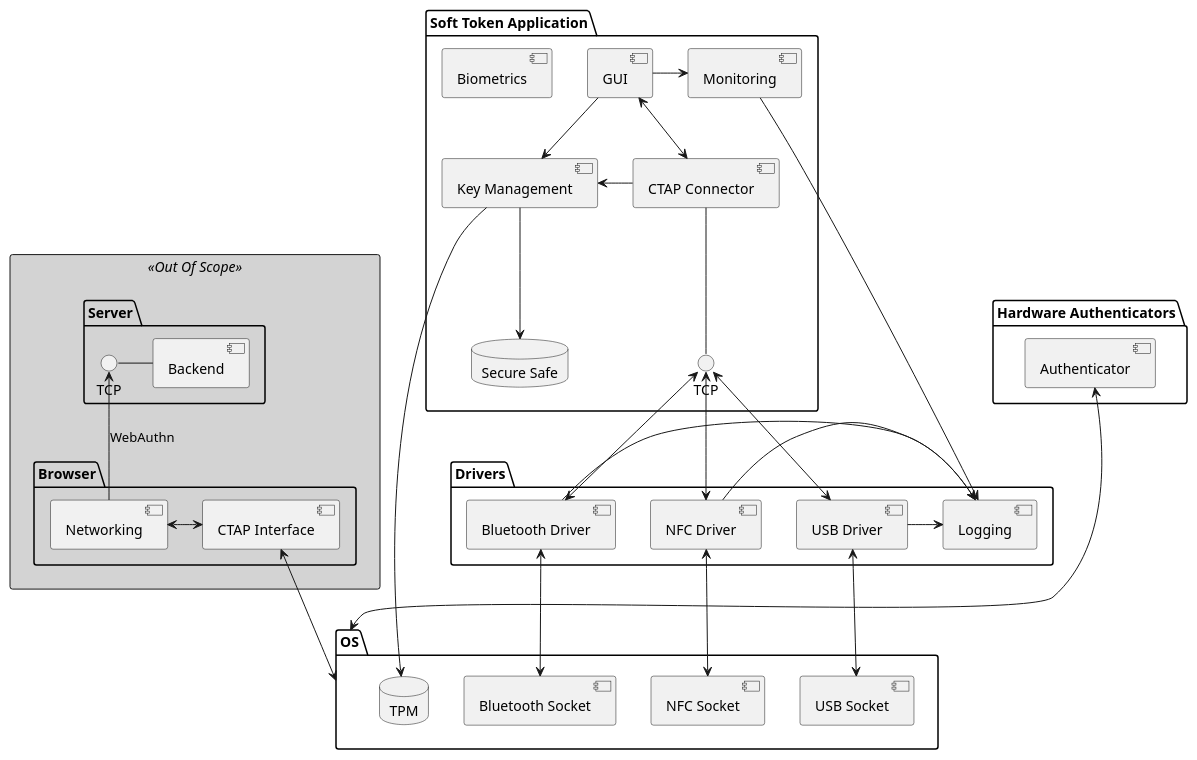
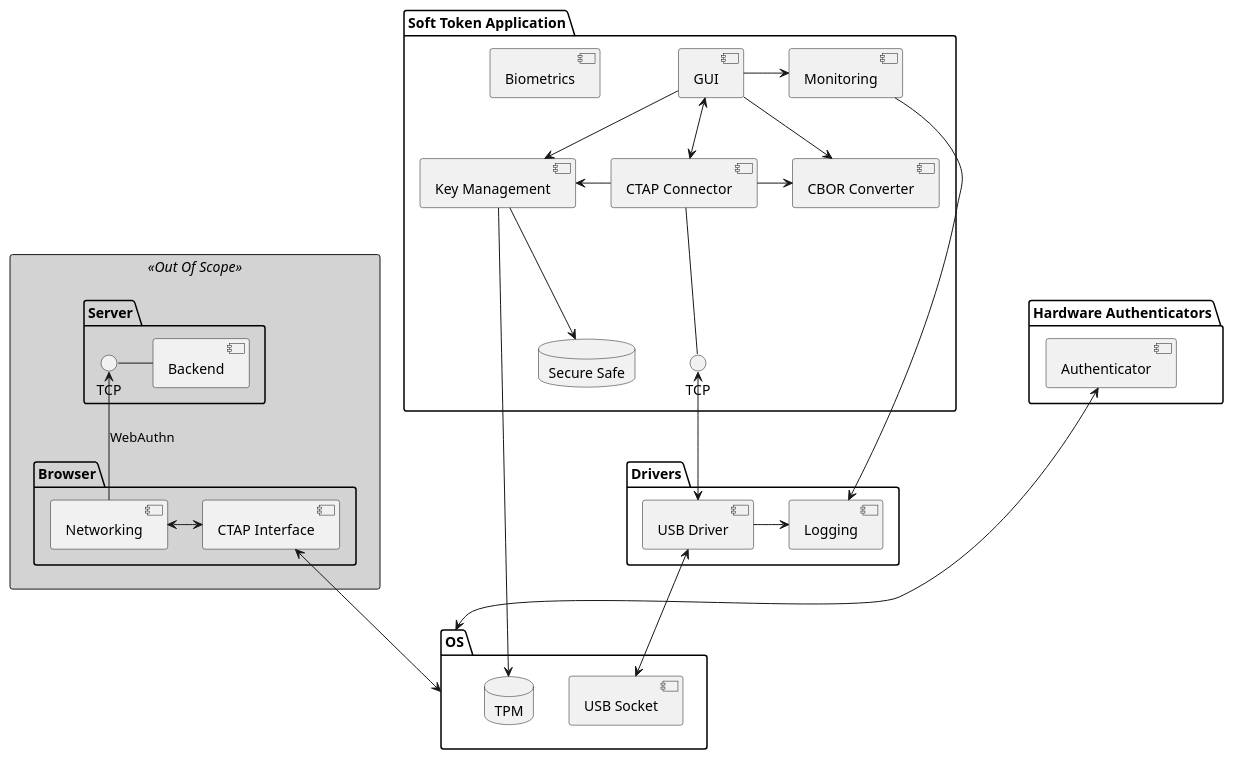
Before and after one commit to Vierheller/tuda_linux_ctap_softtoken_design: the diagram in Design.puml, drawn with PlantUML. The commit also changed 3 other files, not shown here.

Commit message:
Create Gantt Chart

```diff
--- a/Design.puml
+++ b/Design.puml
@@ -1,75 +1,68 @@
 @startuml
 skinparam linetype poly
 
 skinparam rectangle {
     backgroundColor LightGrey
 }
 
 rectangle <<Out Of Scope>> {
     package "Server" {
         () TCP
 
         TCP - [Backend]
     }
 
     package "Browser" {
         TCP <-- [Networking]: "WebAuthn"
         [CTAP Interface] as ctapi
     }
 }
 
 package "OS" {
     [USB Socket]
-    [Bluetooth Socket]
-    [NFC Socket]
 
     database "TPM" as tpm
 }
-
-
 
 package "Hardware Authenticators" {
     component Authenticator
     Authenticator <---> OS
 }
 
 package "Soft Token Application" {
     () TCP as TCP2
     [Biometrics] as bio
     [CTAP Connector] as conn
+    [CBOR Converter] as cbor
     [Key Management]  as km
     database "Secure Safe" as db
     [GUI] as GUI
     [Monitoring] as mon
 }
 
 package "Drivers" {
     [USB Driver]        <-down-> [USB Socket]
-    [Bluetooth Driver]  <-down-> [Bluetooth Socket]
-    [NFC Driver]        <-down-> [NFC Socket]
     [Logging]
 }
 
 
 Networking <-> ctapi
 ctapi <--> OS
 
 GUI -down-> km
 GUI <--> conn
 GUI -> mon
+GUI -> cbor
 mon -> [Logging]
 conn -down- TCP2
 conn -> km
+conn -> cbor
 km --> db
 km --> tpm
 
 [USB Driver] -> [Logging]
-[Bluetooth Driver] -> [Logging]
-[NFC Driver] -> [Logging]
 TCP2 <--> [USB Driver]
-TCP2 <--> [Bluetooth Driver]
-TCP2 <--> [NFC Driver]
 
 
 
 @enduml
```
